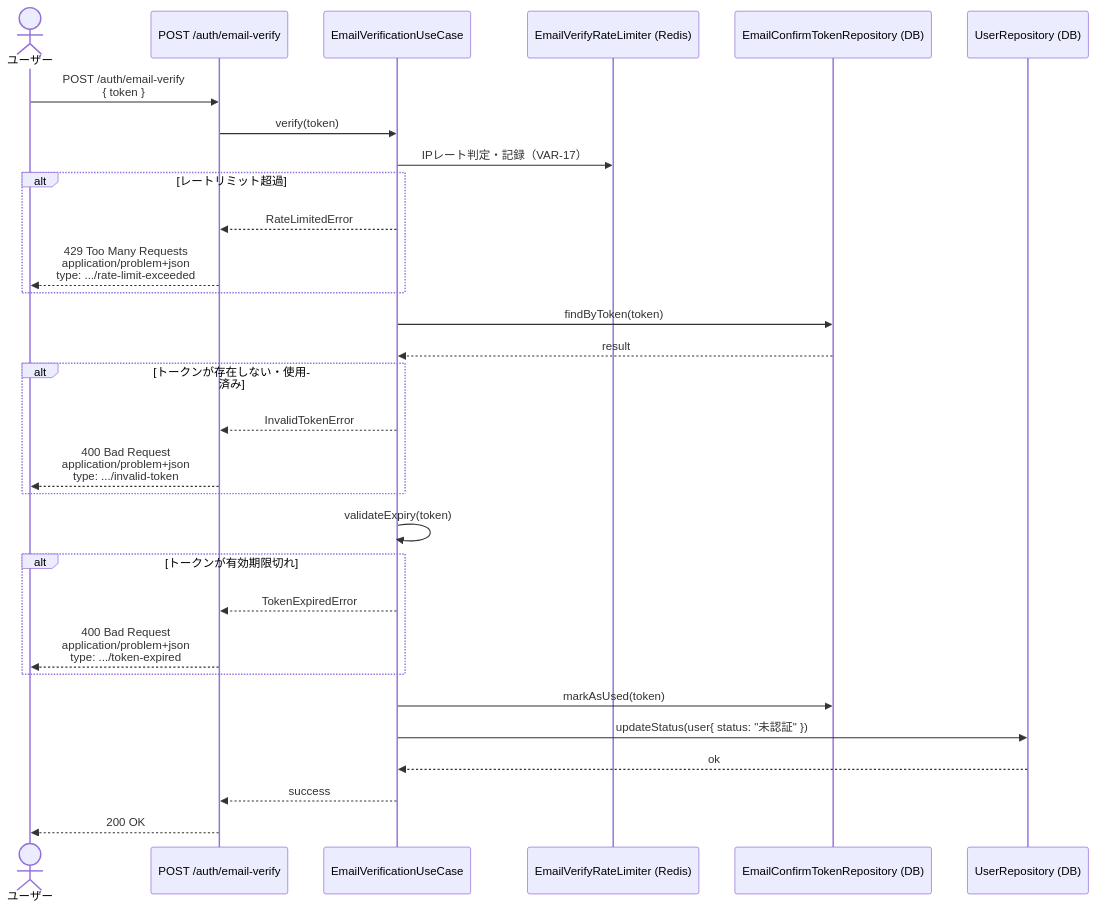
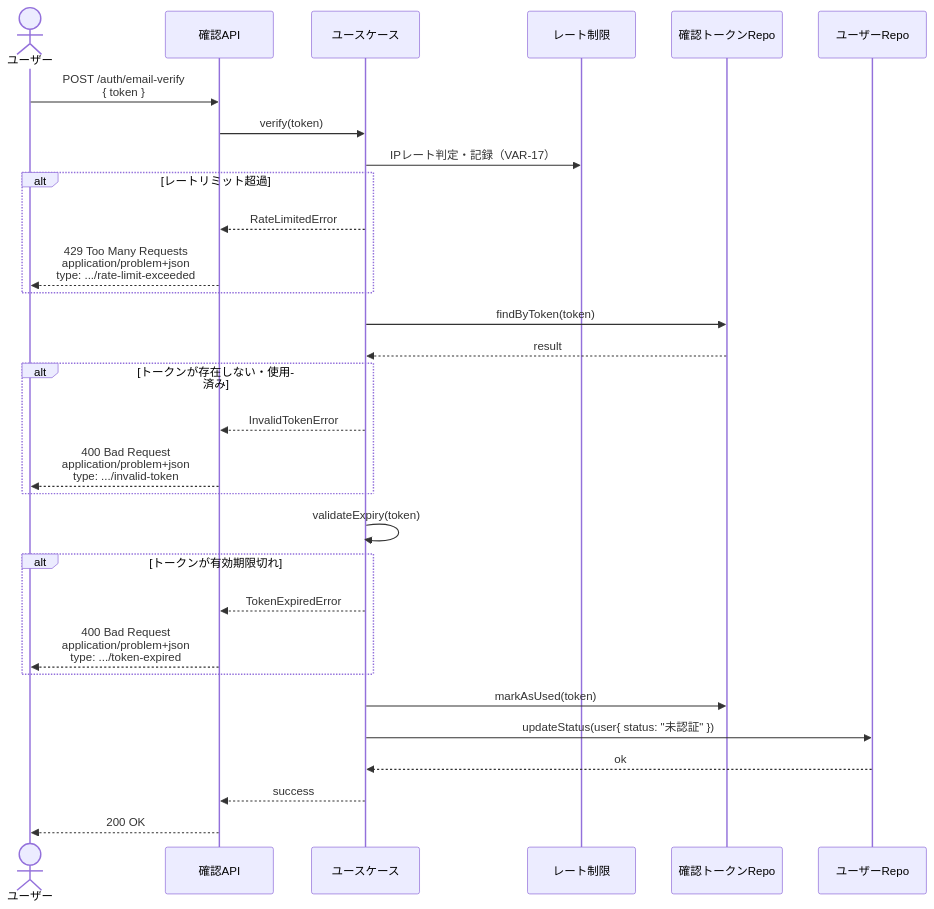
The second of 2 diagrams in .docs/design/buc/BUC-U02.md (suunet/POC_HYDRA_AUTH), drawn with Mermaid before and after one commit. The commit also changed 15 other files, not shown here.

````diff
--- a/.docs/design/buc/BUC-U02.md
+++ b/.docs/design/buc/BUC-U02.md
@@ -96,32 +96,32 @@
 ```mermaid
 sequenceDiagram
-  actor ユーザー as ユーザー
-  participant 確認API as POST /auth/email-verify
-  participant ユースケース as EmailVerificationUseCase
-  participant レート制限 as EmailVerifyRateLimiter (Redis)
-  participant 確認トークンRepo as EmailConfirmTokenRepository (DB)
-  participant ユーザーRepo as UserRepository (DB)
-  ユーザー->>確認API: POST /auth/email-verify<br/>{ token }
-  確認API->>ユースケース: verify(token)
-  ユースケース->>レート制限: IPレート判定・記録（VAR-17）
+  actor User as ユーザー
+  participant VerifyAPI as 確認API
+  participant UseCase as ユースケース
+  participant RateLimiter as レート制限
+  participant TokenRepo as 確認トークンRepo
+  participant UserRepo as ユーザーRepo
+  User->>VerifyAPI: POST /auth/email-verify<br/>{ token }
+  VerifyAPI->>UseCase: verify(token)
+  UseCase->>RateLimiter: IPレート判定・記録（VAR-17）
   alt レートリミット超過
-  ユースケース-->>確認API: RateLimitedError
-  確認API-->>ユーザー: 429 Too Many Requests<br/>application/problem+json<br/>type: .../rate-limit-exceeded
+  UseCase-->>VerifyAPI: RateLimitedError
+  VerifyAPI-->>User: 429 Too Many Requests<br/>application/problem+json<br/>type: .../rate-limit-exceeded
   end
-  ユースケース->>確認トークンRepo: findByToken(token)
-  確認トークンRepo-->>ユースケース: result
+  UseCase->>TokenRepo: findByToken(token)
+  TokenRepo-->>UseCase: result
   alt トークンが存在しない・使用済み
-  ユースケース-->>確認API: InvalidTokenError
-  確認API-->>ユーザー: 400 Bad Request<br/>application/problem+json<br/>type: .../invalid-token
+  UseCase-->>VerifyAPI: InvalidTokenError
+  VerifyAPI-->>User: 400 Bad Request<br/>application/problem+json<br/>type: .../invalid-token
   end
-  ユースケース->>ユースケース: validateExpiry(token)
+  UseCase->>UseCase: validateExpiry(token)
   alt トークンが有効期限切れ
-  ユースケース-->>確認API: TokenExpiredError
-  確認API-->>ユーザー: 400 Bad Request<br/>application/problem+json<br/>type: .../token-expired
+  UseCase-->>VerifyAPI: TokenExpiredError
+  VerifyAPI-->>User: 400 Bad Request<br/>application/problem+json<br/>type: .../token-expired
   end
-  ユースケース->>確認トークンRepo: markAsUsed(token)
-  ユースケース->>ユーザーRepo: updateStatus(user{ status: "未認証" })
-  ユーザーRepo-->>ユースケース: ok
-  ユースケース-->>確認API: success
-  確認API-->>ユーザー: 200 OK
+  UseCase->>TokenRepo: markAsUsed(token)
+  UseCase->>UserRepo: updateStatus(user{ status: "未認証" })
+  UserRepo-->>UseCase: ok
+  UseCase-->>VerifyAPI: success
+  VerifyAPI-->>User: 200 OK
 ```
````
